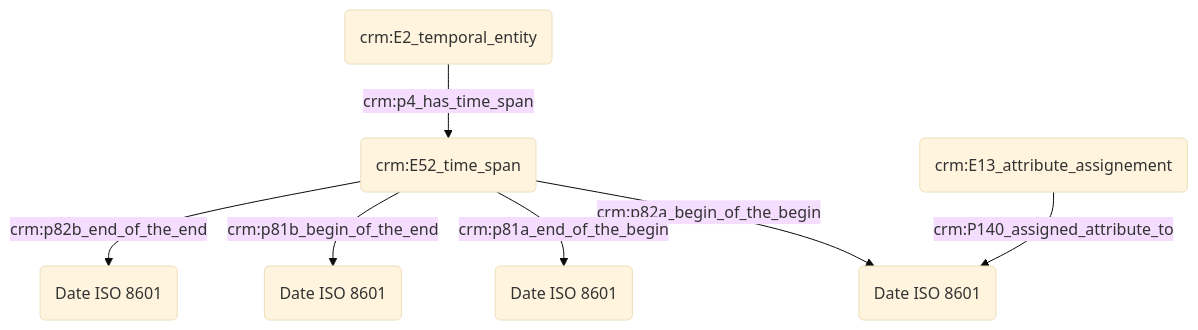
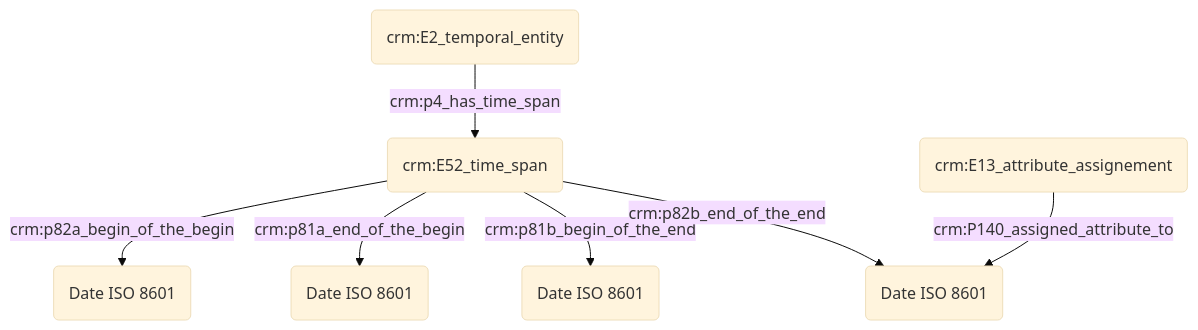
The diagram in modules/livrables/Dossier 2/Datation/expression d'une incertitude.md (Amleth/consortium-musica2-gt2-ontologies), drawn with Mermaid (base theme) before and after one commit.

Commit message:
Update expression d'une incertitude.md

````diff
--- a/modules/livrables/Dossier 2/Datation/expression d'une incertitude.md
+++ b/modules/livrables/Dossier 2/Datation/expression d'une incertitude.md
@@ -15,14 +15,14 @@
 ```mermaid
 graph TD;
 
 
 A(crm:E2_temporal_entity) --> |crm:p4_has_time_span| B(crm:E52_time_span)
 B(crm:E52_time_span) --> |crm:p82a_begin_of_the_begin| C("Date ISO 8601")
 B(crm:E52_time_span) --> |crm:p81a_end_of_the_begin| D("Date ISO 8601")
 B(crm:E52_time_span) --> |crm:p81b_begin_of_the_end| E("Date ISO 8601")
 B(crm:E52_time_span) --> |crm:p82b_end_of_the_end| F("Date ISO 8601")
 
-G(crm:E13_attribute_assignement)  --> |crm:P140_assigned_attribute_to| C("Date ISO 8601")
+G(crm:E13_attribute_assignement)  --> |crm:P140_assigned_attribute_to| F("Date ISO 8601")
 
 
 ```
````
